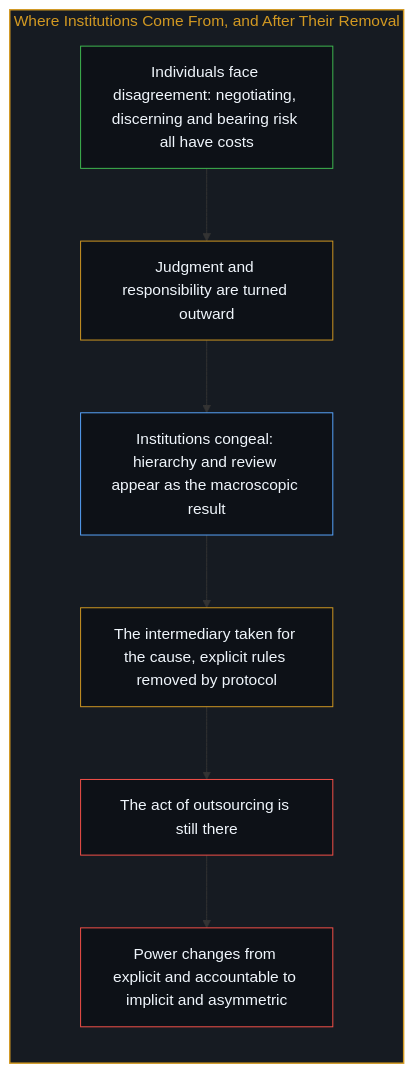
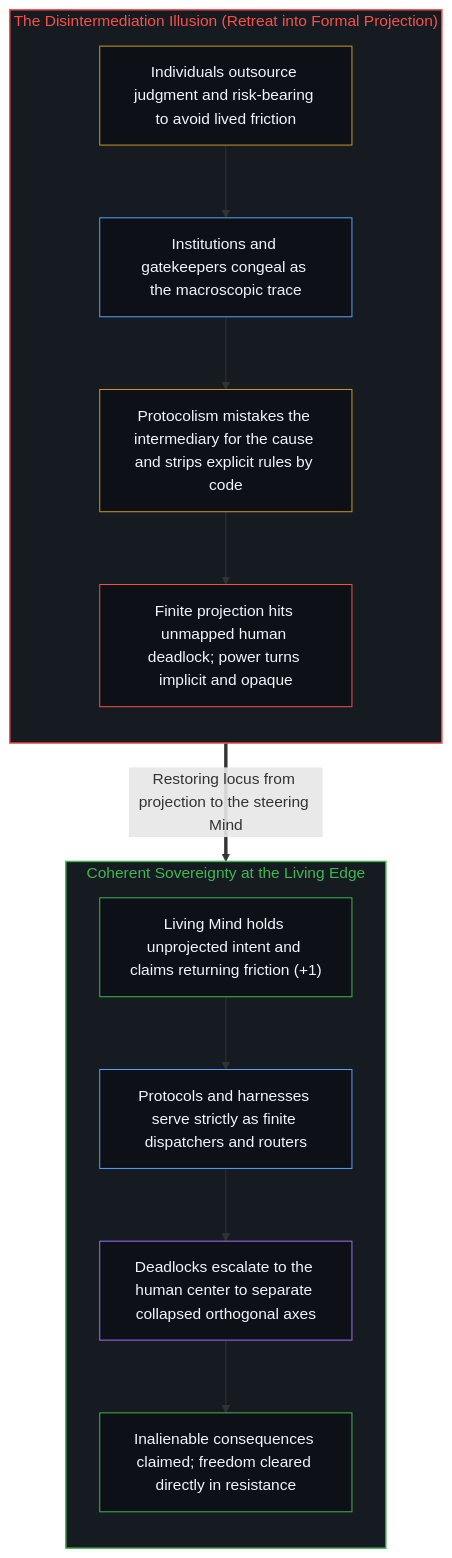
Before and after one commit to powerpig99/not-a-toe: the second of 2 diagrams in content/posts/the-illusion-of-the-unmediated.md, drawn with Mermaid. The commit also changed other lines of this file and 1 other file, not shown here.

Commit message:
Refine L2 #154: the-illusion-of-the-unmediated (Wave 3)

````diff
--- a/content/posts/the-illusion-of-the-unmediated.md
+++ b/content/posts/the-illusion-of-the-unmediated.md
@@ -109,25 +77,33 @@
 ```mermaid
 flowchart TD
-    subgraph S_Institution["Where Institutions Come From, and After Their Removal"]
+    subgraph S_Illusion["The Disintermediation Illusion (Retreat into Formal Projection)"]
         direction TB
-        Friction["Individuals face disagreement: negotiating, discerning and bearing risk all have costs"]
-        Outsource["Judgment and responsibility are turned outward"]
-        Congeal["Institutions congeal: hierarchy and review appear as the macroscopic result"]
-        Remove["The intermediary taken for the cause, explicit rules removed by protocol"]
-        Still["The act of outsourcing is still there"]
-        Informal["Power changes from explicit and accountable to implicit and asymmetric"]
-        Friction --> Outsource
-        Outsource --> Congeal
-        Congeal --> Remove
-        Remove --> Still
-        Still --> Informal
+        I_Out["Individuals outsource judgment and risk-bearing to avoid lived friction"]
+        I_Inst["Institutions and gatekeepers congeal as the macroscopic trace"]
+        I_Proto["Protocolism mistakes the intermediary for the cause and strips explicit rules by code"]
+        I_Dead["Finite projection hits unmapped human deadlock; power turns implicit and opaque"]
+        I_Out --> I_Inst --> I_Proto --> I_Dead
     end
 
-    style S_Institution fill:#161b22,stroke:#d29922,stroke-width:1.5px,color:#d29922
-    style Friction fill:#0d1117,stroke:#3fb950,stroke-width:1px,color:#f0f6fc
-    style Outsource fill:#0d1117,stroke:#d29922,stroke-width:1px,color:#f0f6fc
-    style Congeal fill:#0d1117,stroke:#58a6ff,stroke-width:1px,color:#f0f6fc
-    style Remove fill:#0d1117,stroke:#d29922,stroke-width:1px,color:#f0f6fc
-    style Still fill:#0d1117,stroke:#f85149,stroke-width:1px,color:#f0f6fc
-    style Informal fill:#0d1117,stroke:#f85149,stroke-width:1px,color:#f0f6fc
+    subgraph S_Sovereign["Coherent Sovereignty at the Living Edge"]
+        direction TB
+        S_Edge["Living Mind holds unprojected intent and claims returning friction (+1)"]
+        S_Disp["Protocols and harnesses serve strictly as finite dispatchers and routers"]
+        S_Step["Deadlocks escalate to the human center to separate collapsed orthogonal axes"]
+        S_Clear["Inalienable consequences claimed; freedom cleared directly in resistance"]
+        S_Edge --> S_Disp --> S_Step --> S_Clear
+    end
+
+    I_Dead ==>|"Restoring locus from projection to the steering Mind"| S_Edge
+
+    style S_Illusion fill:#161b22,stroke:#f85149,stroke-width:1.5px,color:#f85149
+    style S_Sovereign fill:#161b22,stroke:#3fb950,stroke-width:1.5px,color:#3fb950
+    style I_Out fill:#0d1117,stroke:#d29922,stroke-width:1px,color:#f0f6fc
+    style I_Inst fill:#0d1117,stroke:#58a6ff,stroke-width:1px,color:#f0f6fc
+    style I_Proto fill:#0d1117,stroke:#d29922,stroke-width:1px,color:#f0f6fc
+    style I_Dead fill:#0d1117,stroke:#f85149,stroke-width:1px,color:#f0f6fc
+    style S_Edge fill:#0d1117,stroke:#3fb950,stroke-width:1px,color:#f0f6fc
+    style S_Disp fill:#0d1117,stroke:#58a6ff,stroke-width:1px,color:#f0f6fc
+    style S_Step fill:#0d1117,stroke:#a371f7,stroke-width:1px,color:#f0f6fc
+    style S_Clear fill:#0d1117,stroke:#3fb950,stroke-width:1px,color:#f0f6fc
 ```
````
